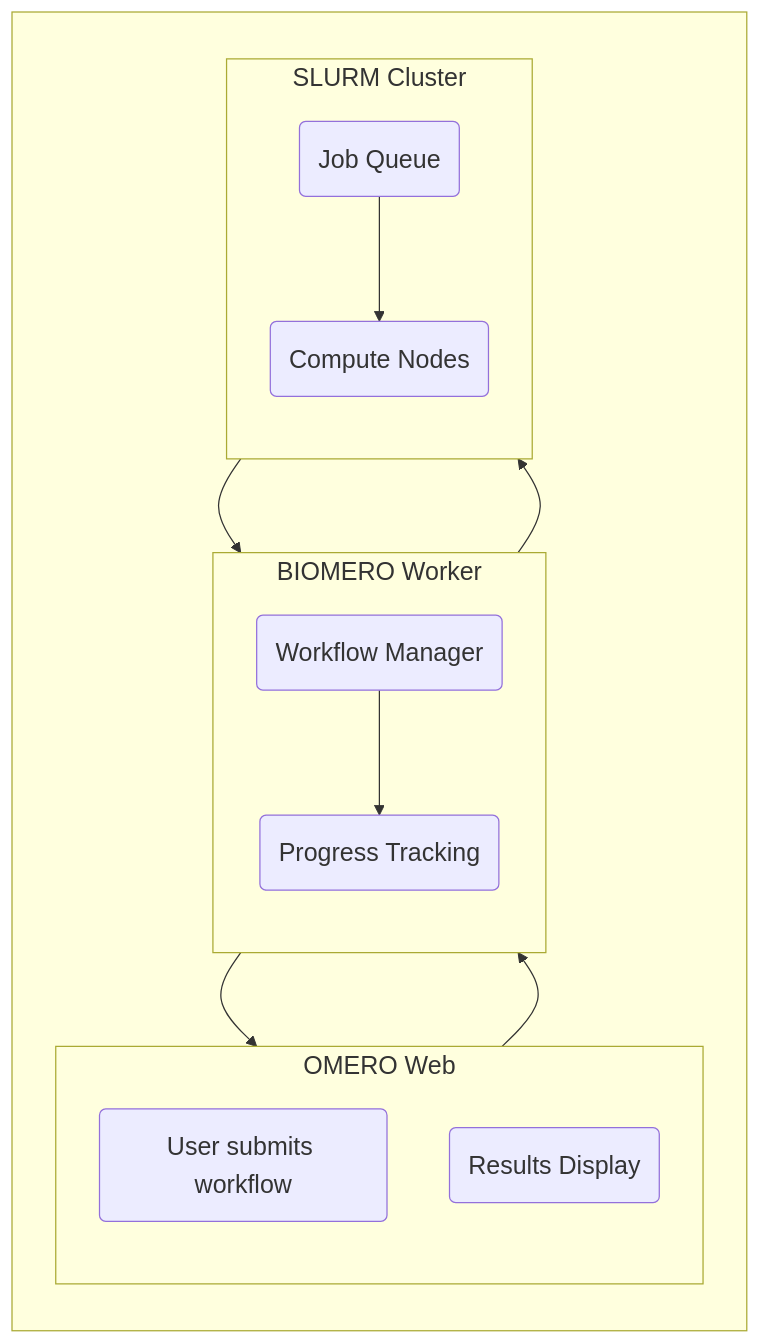
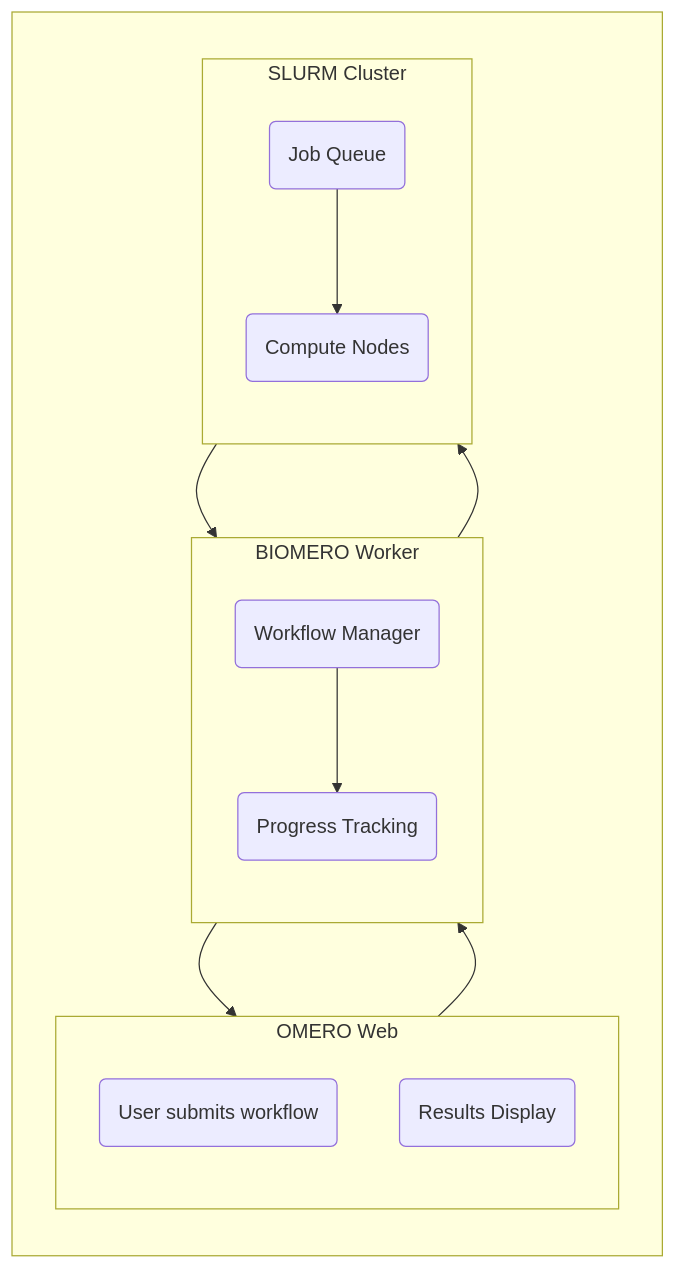
One commit to NL-BioImaging/NL-BIOMERO changed the diagram in docs/sysadmin/slurm-integration.md. Above: the diagram before and after it, drawn with Mermaid. The commit also changed other lines of this file and 11 other files, not shown here.

````diff
--- a/docs/sysadmin/slurm-integration.md
+++ b/docs/sysadmin/slurm-integration.md
@@ -28,38 +32,35 @@
 ```{mermaid}
 ---
-config:
-  themeVariables:
-    fontSize: 20px
-    curve: linear
+config: '{"themeVariables":{"fontSize":"20px"},"flowchart":{"curve":"linear"}}'
 ---
 flowchart LR
     subgraph " "
         direction TB
         subgraph omero_web["OMERO Web"]
             direction TB
             submit_workflow("User submits workflow")
             results_display("Results Display")
         end
 
         subgraph biomero_worker["BIOMERO Worker"]
             direction TB
             workflow_manager("Workflow Manager")
             progress_tracking("Progress Tracking")
         end
 
         subgraph slurm_cluster["SLURM Cluster"]
             direction TB
             job_queue("Job Queue")
             compute_nodes("Compute Nodes")
         end
     end
 
     submit_workflow --> workflow_manager
     progress_tracking --> results_display
 
     workflow_manager --> progress_tracking
     workflow_manager --> job_queue
 
     job_queue --> compute_nodes
     compute_nodes --> progress_tracking
 ```
````
